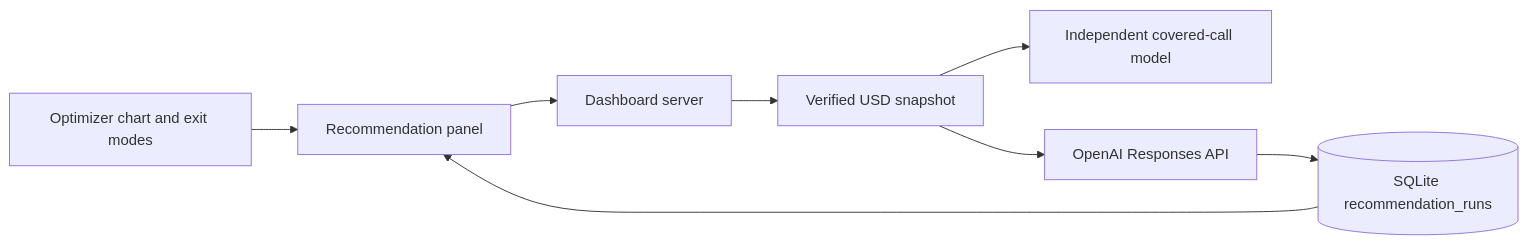
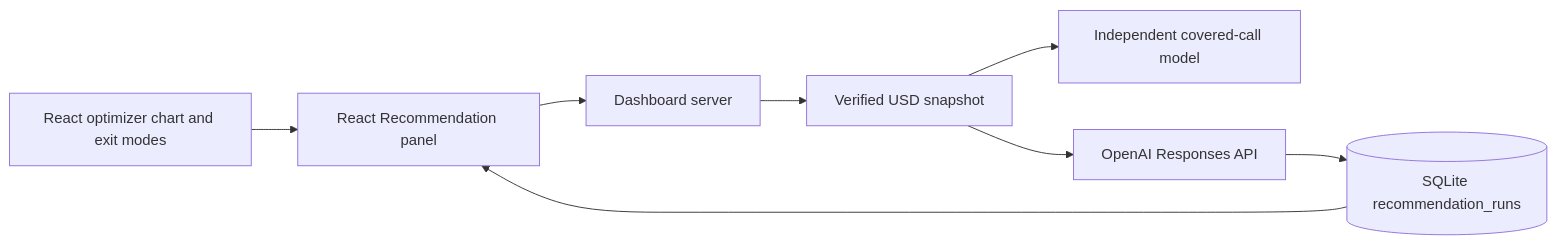
One commit to amanlig/aiMoney changed the fourth of 4 diagrams in ARCHITECTURE.md. Above: the diagram before and after it, drawn with Mermaid. The commit also changed other lines of this file and 50 other files, not shown here.

````diff
--- a/ARCHITECTURE.md
+++ b/ARCHITECTURE.md
@@ -297,10 +380,10 @@
 ```mermaid
 flowchart LR
-  Chart[Optimizer chart and exit modes] --> Button[Recommendation panel]
+  Chart[React optimizer chart and exit modes] --> Button[React Recommendation panel]
   Button --> Server[Dashboard server]
   Server --> Snapshot[Verified USD snapshot]
   Snapshot --> Model[Independent covered-call model]
   Snapshot --> API[OpenAI Responses API]
   API --> DB[(SQLite recommendation_runs)]
   DB --> Button
 ```
````
